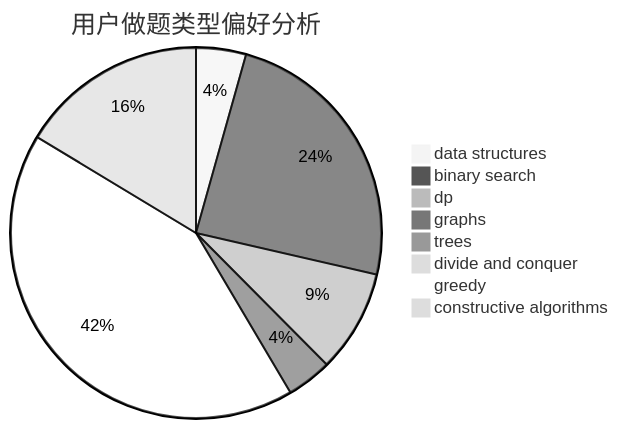
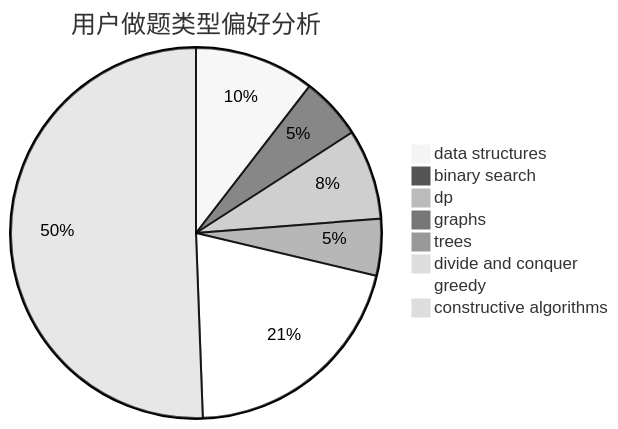
The second of 3 diagrams in docs/user/u1886.md (sherpahu/cfrs.github.io), drawn with Mermaid (neutral theme) before and after one commit. The commit also changed other lines of this file and 2770 other files, not shown here.

````diff
--- a/docs/user/u1886.md
+++ b/docs/user/u1886.md
@@ -23,11 +23,11 @@
 ```mermaid
 pie title 用户做题类型偏好分析
-    "data structures" :  53
-    "binary search" :  295
-    "dp" :  109
-    "graphs" :  48
-    "trees" :  8
-    "divide and conquer" :  8
-    "greedy" :  513
-    "constructive algorithms" :  199
+    "data structures" :  89
+    "binary search" :  46
+    "dp" :  67
+    "graphs" :  7
+    "trees" :  42
+    "divide and conquer" :  0
+    "greedy" :  176
+    "constructive algorithms" :  430
 ```
````
